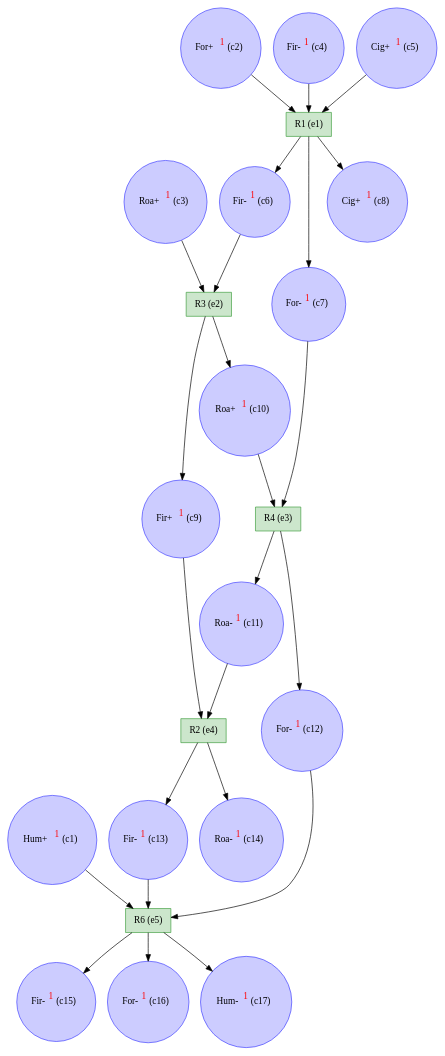
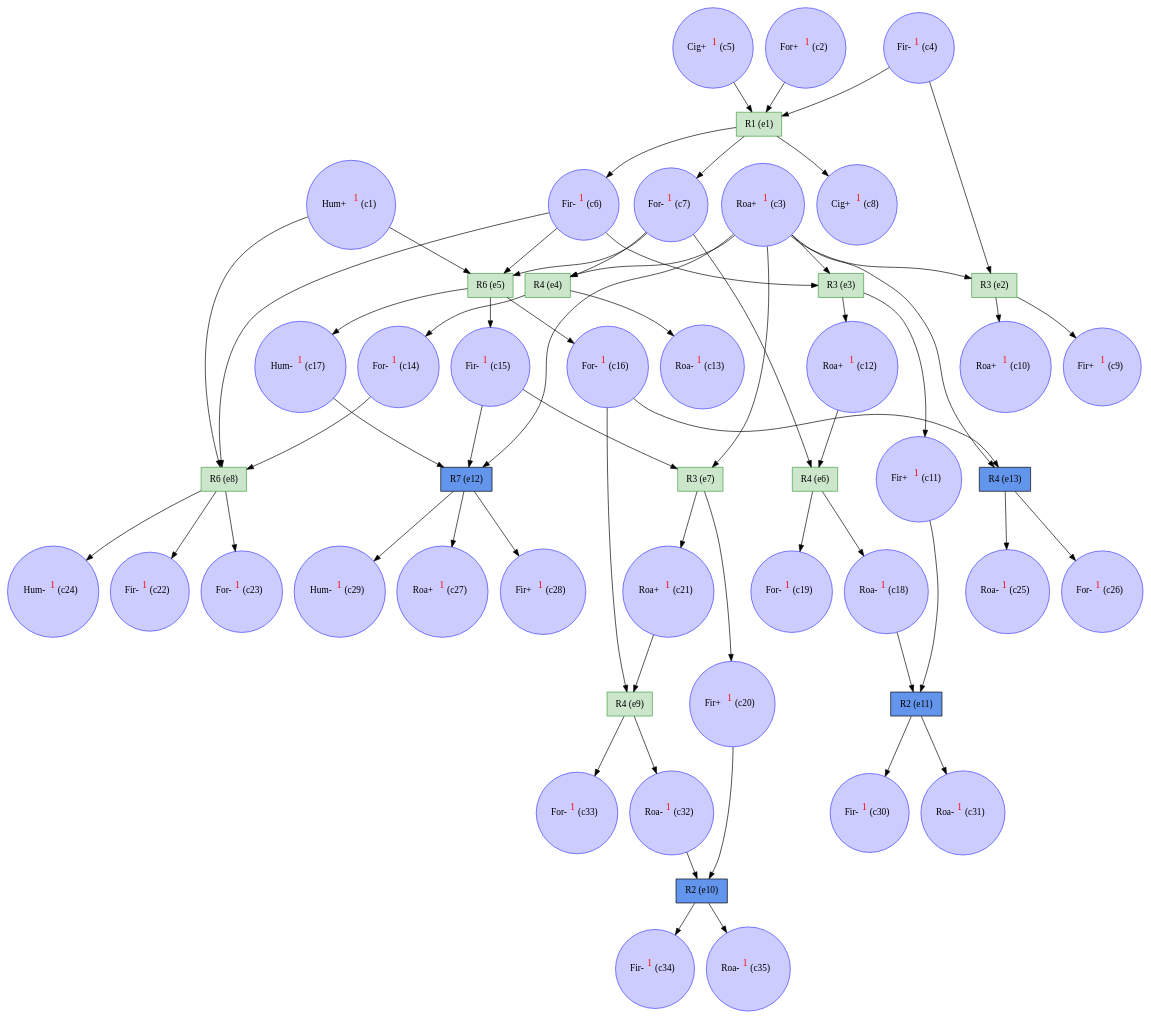
One commit to giannkas/ecofolder changed the diagram in examples/gonfaron/gonfaron_unf.dot. Above: the diagram before and after it, drawn with Graphviz. The commit also changed 104 other files, not shown here.

```diff
--- a/examples/gonfaron/gonfaron_unf.dot
+++ b/examples/gonfaron/gonfaron_unf.dot
@@ -1,48 +1,110 @@
 digraph test {
+  c1 -> e8;
   c1 -> e5;
   c2 -> e1;
+  c3 -> e12;
+  c3 -> e13;
+  c3 -> e7;
+  c3 -> e4;
+  c3 -> e3;
   c3 -> e2;
+  c4 -> e2;
   c4 -> e1;
   c5 -> e1;
   e1 -> c6;
-  c6 -> e2;
+  c6 -> e8;
+  c6 -> e5;
+  c6 -> e3;
   e1 -> c7;
-  c7 -> e3;
+  c7 -> e6;
+  c7 -> e5;
+  c7 -> e4;
   e1 -> c8;
   e2 -> c9;
-  c9 -> e4;
   e2 -> c10;
-  c10 -> e3;
   e3 -> c11;
-  c11 -> e4;
+  c11 -> e11;
   e3 -> c12;
-  c12 -> e5;
+  c12 -> e6;
   e4 -> c13;
-  c13 -> e5;
   e4 -> c14;
+  c14 -> e8;
   e5 -> c15;
+  c15 -> e12;
+  c15 -> e7;
   e5 -> c16;
+  c16 -> e9;
+  c16 -> e13;
   e5 -> c17;
+  c17 -> e12;
+  e6 -> c18;
+  c18 -> e11;
+  e6 -> c19;
+  e7 -> c20;
+  c20 -> e10;
+  e7 -> c21;
+  c21 -> e9;
+  e8 -> c22;
+  e8 -> c23;
+  e8 -> c24;
+  e13 -> c25;
+  e13 -> c26;
+  e12 -> c27;
+  e12 -> c28;
+  e12 -> c29;
+  e11 -> c30;
+  e11 -> c31;
+  e9 -> c32;
+  c32 -> e10;
+  e9 -> c33;
+  e10 -> c34;
+  e10 -> c35;
   c1 [color="#4040ff" fillcolor="#ccccff" label= <Hum+<FONT COLOR="red"><SUP>1</SUP></FONT>&nbsp;(c1)> shape=circle style=filled];
   c2 [color="#4040ff" fillcolor="#ccccff" label= <For+<FONT COLOR="red"><SUP>1</SUP></FONT>&nbsp;(c2)> shape=circle style=filled];
   c3 [color="#4040ff" fillcolor="#ccccff" label= <Roa+<FONT COLOR="red"><SUP>1</SUP></FONT>&nbsp;(c3)> shape=circle style=filled];
   c4 [color="#4040ff" fillcolor="#ccccff" label= <Fir-<FONT COLOR="red"><SUP>1</SUP></FONT>&nbsp;(c4)> shape=circle style=filled];
   c5 [color="#4040ff" fillcolor="#ccccff" label= <Cig+<FONT COLOR="red"><SUP>1</SUP></FONT>&nbsp;(c5)> shape=circle style=filled];
   c6 [color="#4040ff" fillcolor="#ccccff" label= <Fir-<FONT COLOR="red"><SUP>1</SUP></FONT>&nbsp;(c6)> shape=circle style=filled];
   c7 [color="#4040ff" fillcolor="#ccccff" label= <For-<FONT COLOR="red"><SUP>1</SUP></FONT>&nbsp;(c7)> shape=circle style=filled];
   c8 [color="#4040ff" fillcolor="#ccccff" label= <Cig+<FONT COLOR="red"><SUP>1</SUP></FONT>&nbsp;(c8)> shape=circle style=filled];
   c9 [color="#4040ff" fillcolor="#ccccff" label= <Fir+<FONT COLOR="red"><SUP>1</SUP></FONT>&nbsp;(c9)> shape=circle style=filled];
   c10 [color="#4040ff" fillcolor="#ccccff" label= <Roa+<FONT COLOR="red"><SUP>1</SUP></FONT>&nbsp;(c10)> shape=circle style=filled];
-  c11 [color="#4040ff" fillcolor="#ccccff" label= <Roa-<FONT COLOR="red"><SUP>1</SUP></FONT>&nbsp;(c11)> shape=circle style=filled];
-  c12 [color="#4040ff" fillcolor="#ccccff" label= <For-<FONT COLOR="red"><SUP>1</SUP></FONT>&nbsp;(c12)> shape=circle style=filled];
-  c13 [color="#4040ff" fillcolor="#ccccff" label= <Fir-<FONT COLOR="red"><SUP>1</SUP></FONT>&nbsp;(c13)> shape=circle style=filled];
-  c14 [color="#4040ff" fillcolor="#ccccff" label= <Roa-<FONT COLOR="red"><SUP>1</SUP></FONT>&nbsp;(c14)> shape=circle style=filled];
+  c11 [color="#4040ff" fillcolor="#ccccff" label= <Fir+<FONT COLOR="red"><SUP>1</SUP></FONT>&nbsp;(c11)> shape=circle style=filled];
+  c12 [color="#4040ff" fillcolor="#ccccff" label= <Roa+<FONT COLOR="red"><SUP>1</SUP></FONT>&nbsp;(c12)> shape=circle style=filled];
+  c13 [color="#4040ff" fillcolor="#ccccff" label= <Roa-<FONT COLOR="red"><SUP>1</SUP></FONT>&nbsp;(c13)> shape=circle style=filled];
+  c14 [color="#4040ff" fillcolor="#ccccff" label= <For-<FONT COLOR="red"><SUP>1</SUP></FONT>&nbsp;(c14)> shape=circle style=filled];
   c15 [color="#4040ff" fillcolor="#ccccff" label= <Fir-<FONT COLOR="red"><SUP>1</SUP></FONT>&nbsp;(c15)> shape=circle style=filled];
   c16 [color="#4040ff" fillcolor="#ccccff" label= <For-<FONT COLOR="red"><SUP>1</SUP></FONT>&nbsp;(c16)> shape=circle style=filled];
   c17 [color="#4040ff" fillcolor="#ccccff" label= <Hum-<FONT COLOR="red"><SUP>1</SUP></FONT>&nbsp;(c17)> shape=circle style=filled];
+  c18 [color="#4040ff" fillcolor="#ccccff" label= <Roa-<FONT COLOR="red"><SUP>1</SUP></FONT>&nbsp;(c18)> shape=circle style=filled];
+  c19 [color="#4040ff" fillcolor="#ccccff" label= <For-<FONT COLOR="red"><SUP>1</SUP></FONT>&nbsp;(c19)> shape=circle style=filled];
+  c20 [color="#4040ff" fillcolor="#ccccff" label= <Fir+<FONT COLOR="red"><SUP>1</SUP></FONT>&nbsp;(c20)> shape=circle style=filled];
+  c21 [color="#4040ff" fillcolor="#ccccff" label= <Roa+<FONT COLOR="red"><SUP>1</SUP></FONT>&nbsp;(c21)> shape=circle style=filled];
+  c22 [color="#4040ff" fillcolor="#ccccff" label= <Fir-<FONT COLOR="red"><SUP>1</SUP></FONT>&nbsp;(c22)> shape=circle style=filled];
+  c23 [color="#4040ff" fillcolor="#ccccff" label= <For-<FONT COLOR="red"><SUP>1</SUP></FONT>&nbsp;(c23)> shape=circle style=filled];
+  c24 [color="#4040ff" fillcolor="#ccccff" label= <Hum-<FONT COLOR="red"><SUP>1</SUP></FONT>&nbsp;(c24)> shape=circle style=filled];
+  c25 [color="#4040ff" fillcolor="#ccccff" label= <Roa-<FONT COLOR="red"><SUP>1</SUP></FONT>&nbsp;(c25)> shape=circle style=filled];
+  c26 [color="#4040ff" fillcolor="#ccccff" label= <For-<FONT COLOR="red"><SUP>1</SUP></FONT>&nbsp;(c26)> shape=circle style=filled];
+  c27 [color="#4040ff" fillcolor="#ccccff" label= <Roa+<FONT COLOR="red"><SUP>1</SUP></FONT>&nbsp;(c27)> shape=circle style=filled];
+  c28 [color="#4040ff" fillcolor="#ccccff" label= <Fir+<FONT COLOR="red"><SUP>1</SUP></FONT>&nbsp;(c28)> shape=circle style=filled];
+  c29 [color="#4040ff" fillcolor="#ccccff" label= <Hum-<FONT COLOR="red"><SUP>1</SUP></FONT>&nbsp;(c29)> shape=circle style=filled];
+  c30 [color="#4040ff" fillcolor="#ccccff" label= <Fir-<FONT COLOR="red"><SUP>1</SUP></FONT>&nbsp;(c30)> shape=circle style=filled];
+  c31 [color="#4040ff" fillcolor="#ccccff" label= <Roa-<FONT COLOR="red"><SUP>1</SUP></FONT>&nbsp;(c31)> shape=circle style=filled];
+  c32 [color="#4040ff" fillcolor="#ccccff" label= <Roa-<FONT COLOR="red"><SUP>1</SUP></FONT>&nbsp;(c32)> shape=circle style=filled];
+  c33 [color="#4040ff" fillcolor="#ccccff" label= <For-<FONT COLOR="red"><SUP>1</SUP></FONT>&nbsp;(c33)> shape=circle style=filled];
+  c34 [color="#4040ff" fillcolor="#ccccff" label= <Fir-<FONT COLOR="red"><SUP>1</SUP></FONT>&nbsp;(c34)> shape=circle style=filled];
+  c35 [color="#4040ff" fillcolor="#ccccff" label= <Roa-<FONT COLOR="red"><SUP>1</SUP></FONT>&nbsp;(c35)> shape=circle style=filled];
   e1 [color="#409f40" fillcolor="#cce6cc" label="R1 (e1)" shape=box style=filled];
   e2 [color="#409f40" fillcolor="#cce6cc" label="R3 (e2)" shape=box style=filled];
-  e3 [color="#409f40" fillcolor="#cce6cc" label="R4 (e3)" shape=box style=filled];
-  e4 [color="#409f40" fillcolor="#cce6cc" label="R2 (e4)" shape=box style=filled];
+  e3 [color="#409f40" fillcolor="#cce6cc" label="R3 (e3)" shape=box style=filled];
+  e4 [color="#409f40" fillcolor="#cce6cc" label="R4 (e4)" shape=box style=filled];
   e5 [color="#409f40" fillcolor="#cce6cc" label="R6 (e5)" shape=box style=filled];
+  e6 [color="#409f40" fillcolor="#cce6cc" label="R4 (e6)" shape=box style=filled];
+  e7 [color="#409f40" fillcolor="#cce6cc" label="R3 (e7)" shape=box style=filled];
+  e8 [color="#409f40" fillcolor="#cce6cc" label="R6 (e8)" shape=box style=filled];
+  e9 [color="#409f40" fillcolor="#cce6cc" label="R4 (e9)" shape=box style=filled];
+  e10 [color=black fillcolor=cornflowerblue label="R2 (e10)" shape=box style=filled];
+  e11 [color=black fillcolor=cornflowerblue label="R2 (e11)" shape=box style=filled];
+  e12 [color=black fillcolor=cornflowerblue label="R7 (e12)" shape=box style=filled];
+  e13 [color=black fillcolor=cornflowerblue label="R4 (e13)" shape=box style=filled];
 }
```
